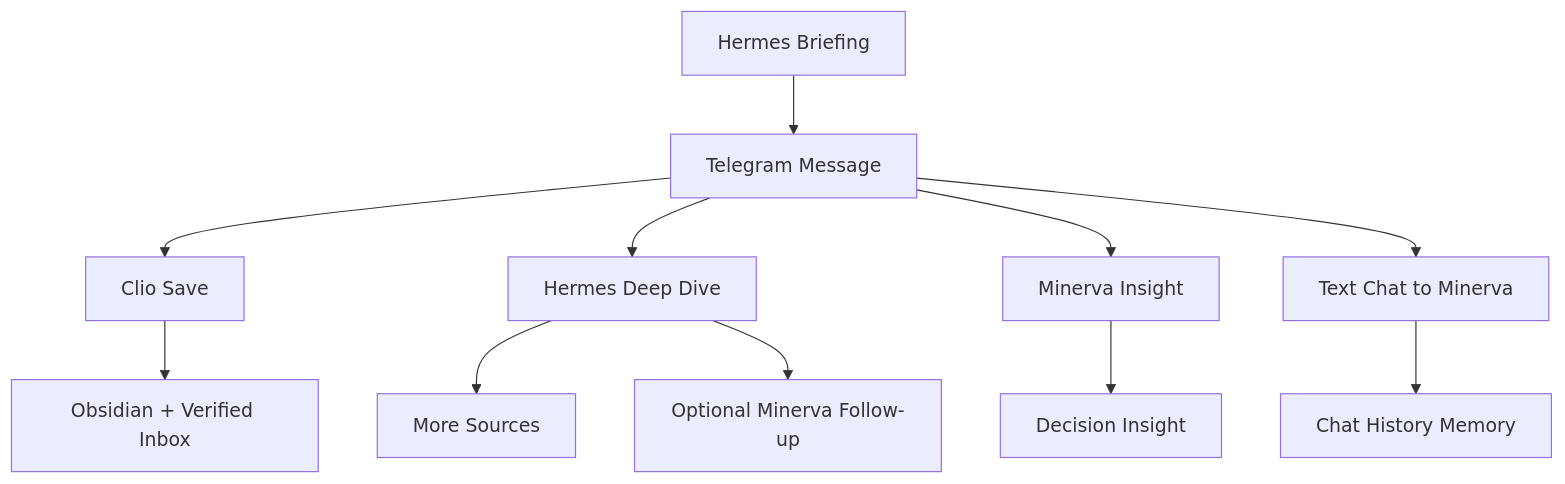
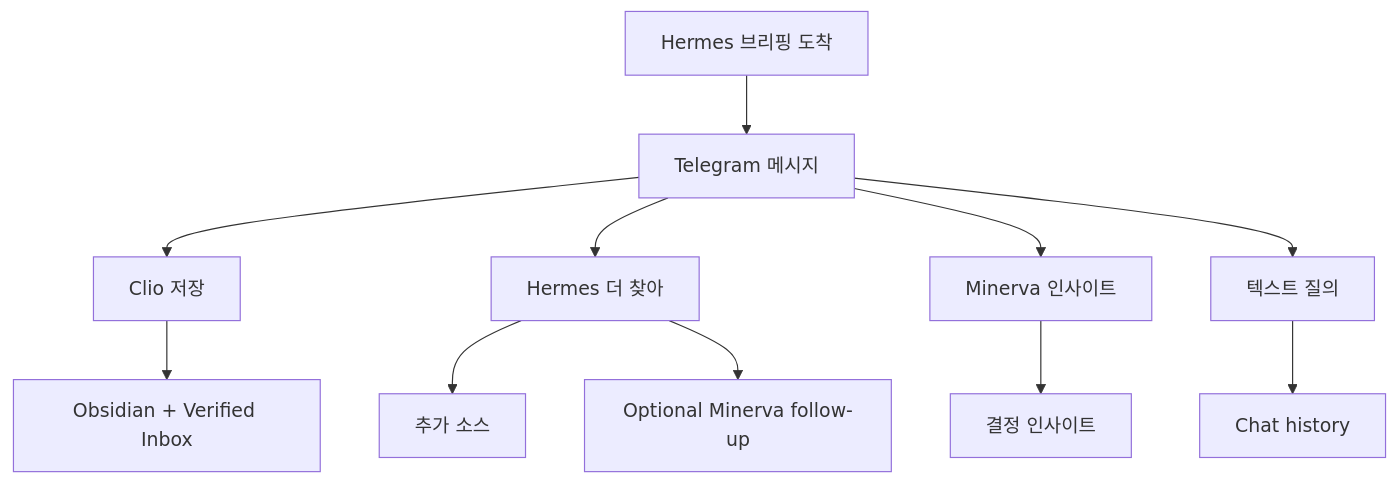
Before and after one commit to Merchantlee99/Personal-AI-agent-v2: the diagram in docs/USE_CASES.md, drawn with Mermaid. The commit also changed other lines of this file and 5 other files, not shown here.

Commit message:
docs: clarity pass for architecture, operations, security, and use-cases

````diff
--- a/docs/USE_CASES.md
+++ b/docs/USE_CASES.md
@@ -82,14 +87,14 @@
 ```mermaid
 flowchart TD
-  B[Hermes Briefing] --> T[Telegram Message]
-  T --> C[Clio Save]
-  T --> H[Hermes Deep Dive]
-  T --> M[Minerva Insight]
-  T --> X[Text Chat to Minerva]
+  B[Hermes 브리핑 도착] --> T[Telegram 메시지]
+  T --> C[Clio 저장]
+  T --> H[Hermes 더 찾아]
+  T --> M[Minerva 인사이트]
+  T --> X[텍스트 질의]
 
   C --> V[Obsidian + Verified Inbox]
-  H --> O[More Sources]
-  H --> MF[Optional Minerva Follow-up]
-  M --> I[Decision Insight]
-  X --> CH[Chat History Memory]
+  H --> O[추가 소스]
+  H --> MF[Optional Minerva follow-up]
+  M --> I[결정 인사이트]
+  X --> CH[Chat history]
 ```
````
